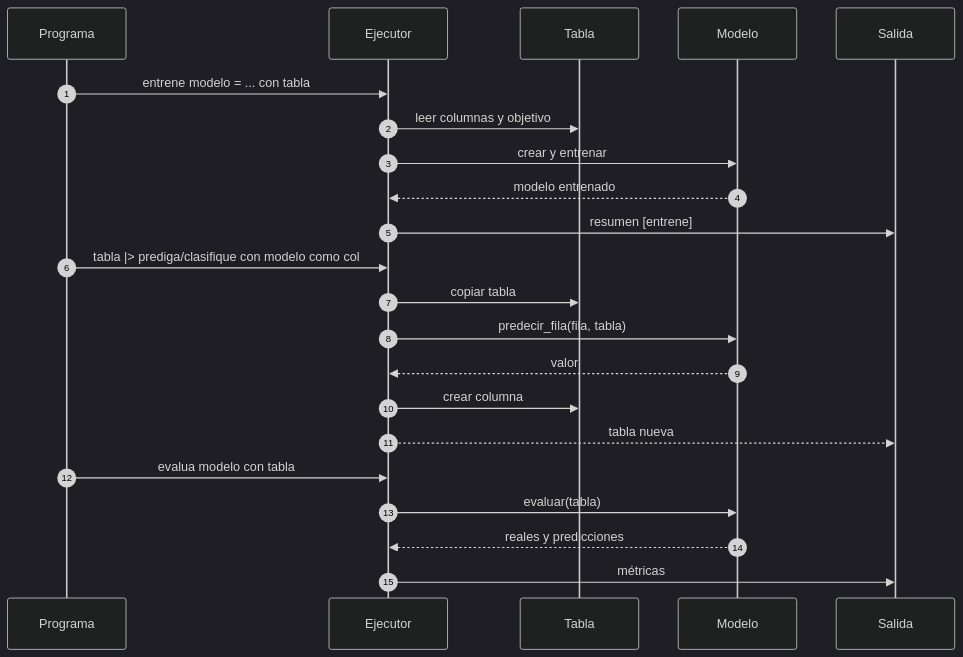
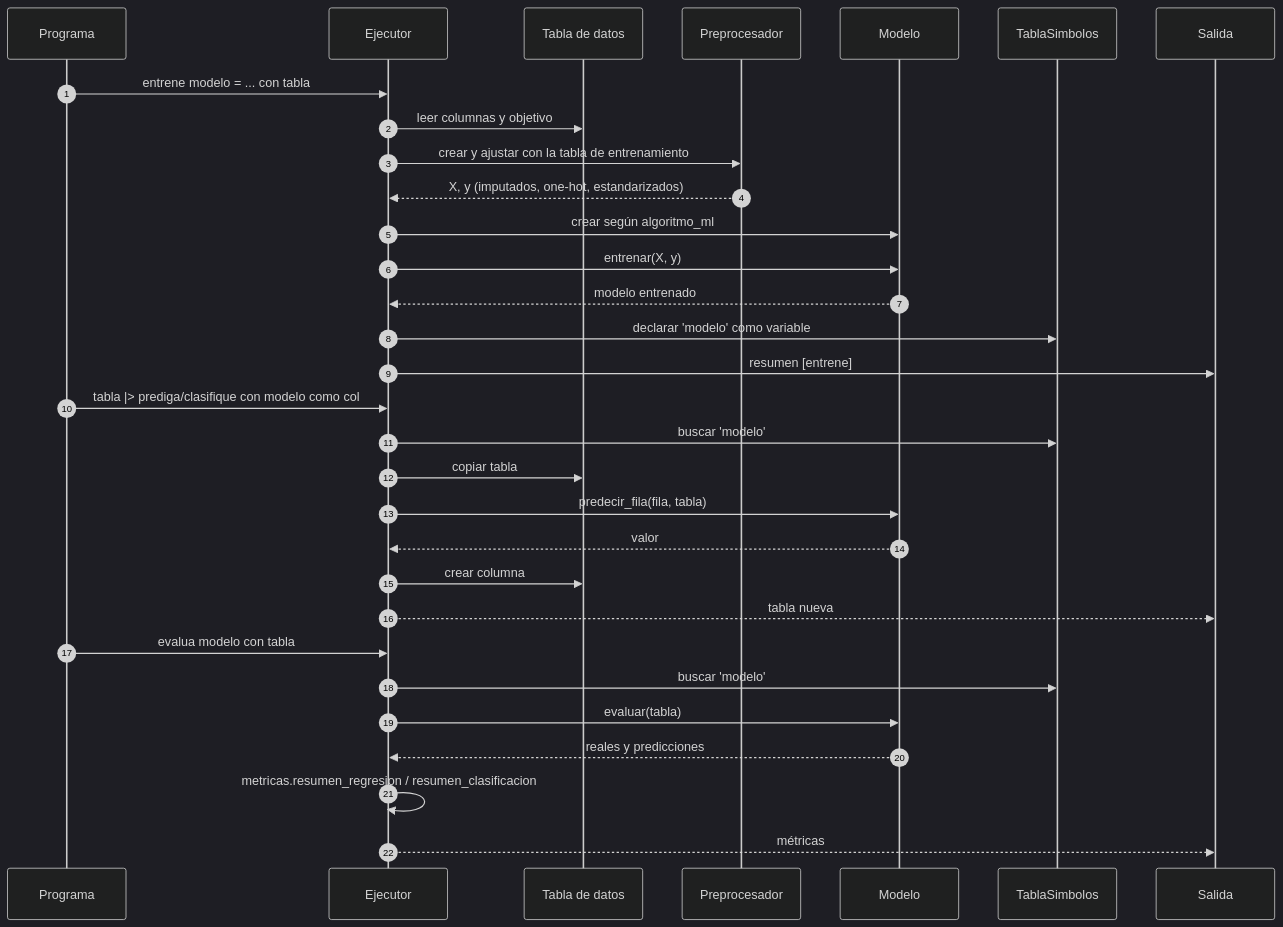
One commit to Pyromesis/Proyecto-Lenguajes-de-Programaci-n changed the sixth of 6 diagrams in docs/11_guia_machine_learning.md. Above: the diagram before and after it, drawn with Mermaid (dark theme). The commit also changed other lines of this file and 21 other files, not shown here.

````diff
--- a/docs/11_guia_machine_learning.md
+++ b/docs/11_guia_machine_learning.md
@@ -490,24 +565,33 @@
 ```mermaid
 sequenceDiagram
   autonumber
   participant P as Programa
   participant E as Ejecutor
-  participant T as Tabla
+  participant T as Tabla de datos
+  participant PP as Preprocesador
   participant M as Modelo
-  participant S as Salida
+  participant S as TablaSimbolos
+  participant O as Salida
   P->>E: entrene modelo = ... con tabla
   E->>T: leer columnas y objetivo
-  E->>M: crear y entrenar
+  E->>PP: crear y ajustar con la tabla de entrenamiento
+  PP-->>E: X, y (imputados, one-hot, estandarizados)
+  E->>M: crear según algoritmo_ml
+  E->>M: entrenar(X, y)
   M-->>E: modelo entrenado
-  E->>S: resumen [entrene]
+  E->>S: declarar 'modelo' como variable
+  E->>O: resumen [entrene]
   P->>E: tabla |> prediga/clasifique con modelo como col
+  E->>S: buscar 'modelo'
   E->>T: copiar tabla
   E->>M: predecir_fila(fila, tabla)
   M-->>E: valor
   E->>T: crear columna
-  E-->>S: tabla nueva
+  E-->>O: tabla nueva
   P->>E: evalua modelo con tabla
+  E->>S: buscar 'modelo'
   E->>M: evaluar(tabla)
   M-->>E: reales y predicciones
-  E->>S: métricas
+  E->>E: metricas.resumen_regresion / resumen_clasificacion
+  E-->>O: métricas
 ```
````
